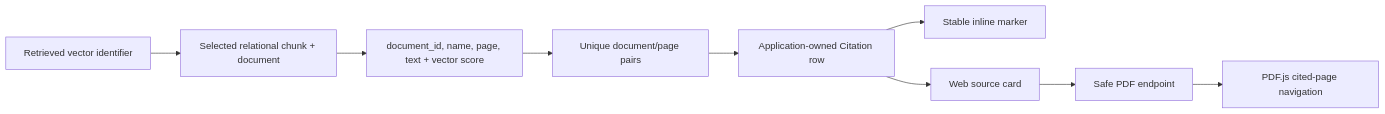
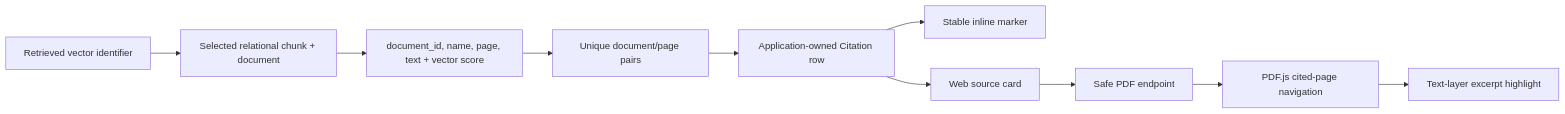
Before and after one commit to ewilmoth23/grounded-pdf: the third of 4 diagrams in docs/data-flow.md, drawn with Mermaid. The commit also changed other lines of this file and 11 other files, not shown here.

````diff
--- a/docs/data-flow.md
+++ b/docs/data-flow.md
@@ -72,11 +72,12 @@
 ```mermaid
 flowchart LR
   Chunk["Retrieved vector identifier"] --> Database["Selected relational chunk + document"]
   Database --> Metadata["document_id, name, page, text + vector score"]
   Metadata --> Dedup["Unique document/page pairs"]
   Dedup --> Citation["Application-owned Citation row"]
   Citation --> Marker["Stable inline marker"]
   Citation --> Card["Web source card"]
   Card --> File["Safe PDF endpoint"]
   File --> Page["PDF.js cited-page navigation"]
+  Page --> Highlight["Text-layer excerpt highlight"]
 ```
````
